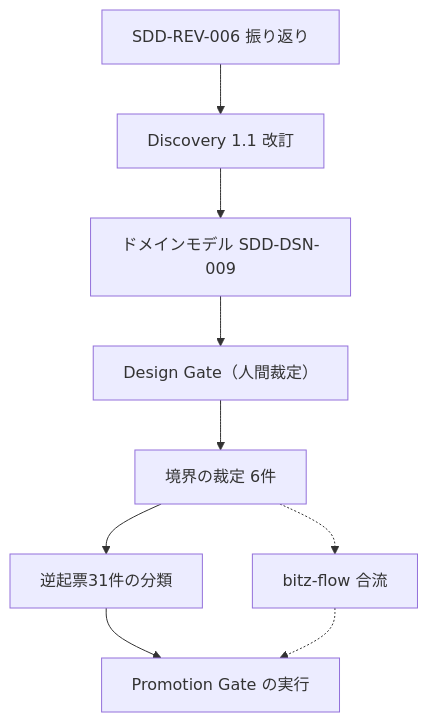
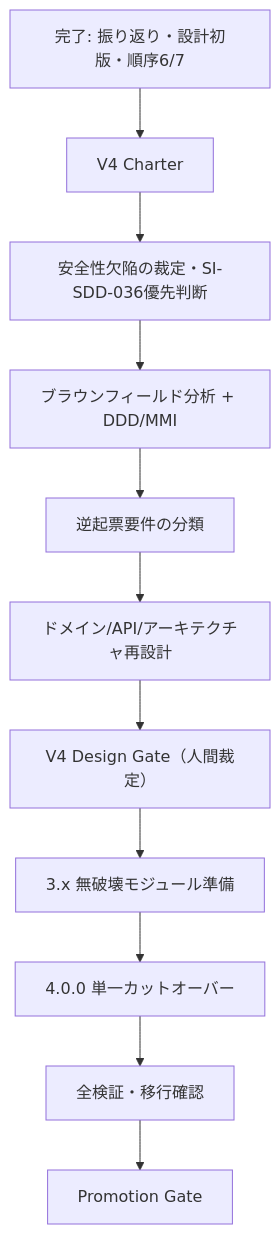
One commit to BitzLabs/BitzSkills changed the diagram in plugins/bitz-sdd/.spec/ROADMAP.md. Above: the diagram before and after it, drawn with Mermaid. The commit also changed other lines of this file, not shown here.

First line of the commit message:
docs(bitz-sdd): V4仮ロードマップと今後の進め方を整理

````diff
--- a/plugins/bitz-sdd/.spec/ROADMAP.md
+++ b/plugins/bitz-sdd/.spec/ROADMAP.md
@@ -28,11 +227,13 @@
 ```mermaid
 graph TD
-    R6["SDD-REV-006 振り返り"] --> D["Discovery 1.1 改訂"]
-    D --> M["ドメインモデル SDD-DSN-009"]
-    M --> G["Design Gate（人間裁定）"]
-    G --> B1["境界の裁定 6件"]
-    B1 --> C["逆起票31件の分類"]
-    C --> P["Promotion Gate の実行"]
-    B1 -.-> F["bitz-flow 合流"]
-    F -.-> P
+    A["完了: 振り返り・設計初版・順序6/7"] --> C["V4 Charter"]
+    C --> S["安全性欠陥の裁定・SI-SDD-036優先判断"]
+    S --> B["ブラウンフィールド分析 + DDD/MMI"]
+    B --> R["逆起票要件の分類"]
+    R --> D["ドメイン/API/アーキテクチャ再設計"]
+    D --> G["V4 Design Gate（人間裁定）"]
+    G --> P["3.x 無破壊モジュール準備"]
+    P --> V["4.0.0 単一カットオーバー"]
+    V --> Q["全検証・移行確認"]
+    Q --> M["Promotion Gate"]
 ```
````
